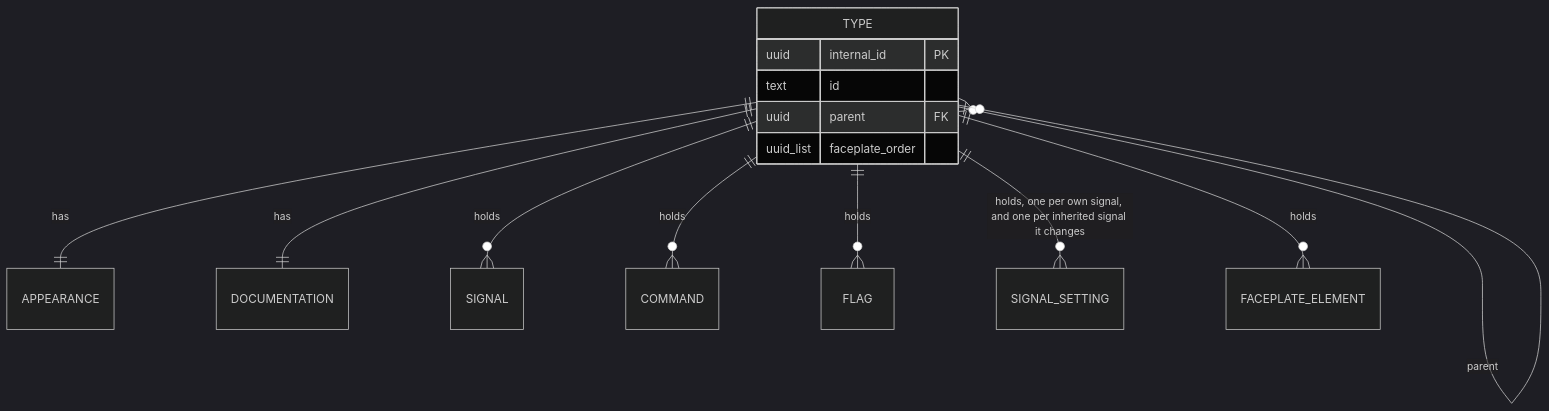
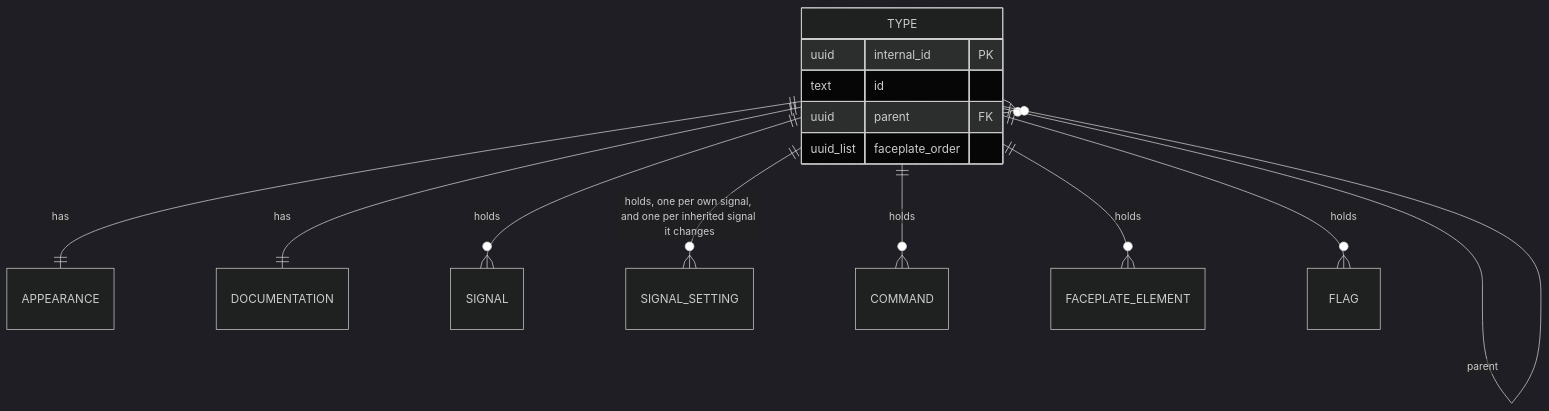
One commit to AlexandreGallais/synoptic-studio-spec changed the diagram in metadata/entities/30-type.md. Above: the diagram before and after it, drawn with Mermaid (dark theme). The commit also changed other lines of this file and 65 other files, not shown here.

First line of the commit message:
docs: reorder the type's parts and keep inherited faceplate lines plain

````diff
--- a/metadata/entities/30-type.md
+++ b/metadata/entities/30-type.md
@@ -18,25 +19,25 @@
 ```mermaid
 erDiagram
     %% link TYPE 30-type.md
     %% link APPEARANCE 12-appearance.md
     %% link DOCUMENTATION 14-documentation.md
     %% link SIGNAL 16-signal.md
-    %% link COMMAND 18-command.md
-    %% link FLAG 19-flag.md
-    %% link SIGNAL_SETTING 22-signal-setting.md
-    %% link FACEPLATE_ELEMENT 28-faceplate-element.md
+    %% link SIGNAL_SETTING 19-signal-setting.md
+    %% link COMMAND 21-command.md
+    %% link FACEPLATE_ELEMENT 27-faceplate-element.md
+    %% link FLAG 28-flag.md
     TYPE {
         uuid internal_id PK
         text id
         uuid parent FK
         uuid_list faceplate_order
     }
     TYPE |o--o{ TYPE : "parent"
     TYPE ||--|| APPEARANCE : "has"
     TYPE ||--|| DOCUMENTATION : "has"
     TYPE ||--o{ SIGNAL : "holds"
+    TYPE ||--o{ SIGNAL_SETTING : "holds, one per own signal, and one per inherited signal it changes"
     TYPE ||--o{ COMMAND : "holds"
+    TYPE ||--o{ FACEPLATE_ELEMENT : "holds"
     TYPE ||--o{ FLAG : "holds"
-    TYPE ||--o{ SIGNAL_SETTING : "holds, one per own signal, and one per inherited signal it changes"
-    TYPE ||--o{ FACEPLATE_ELEMENT : "holds"
 ```
````
